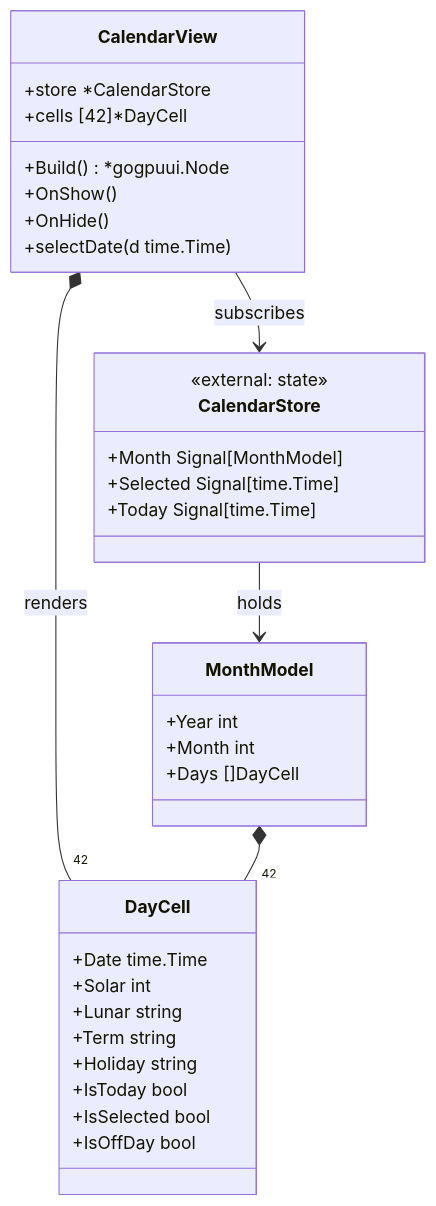
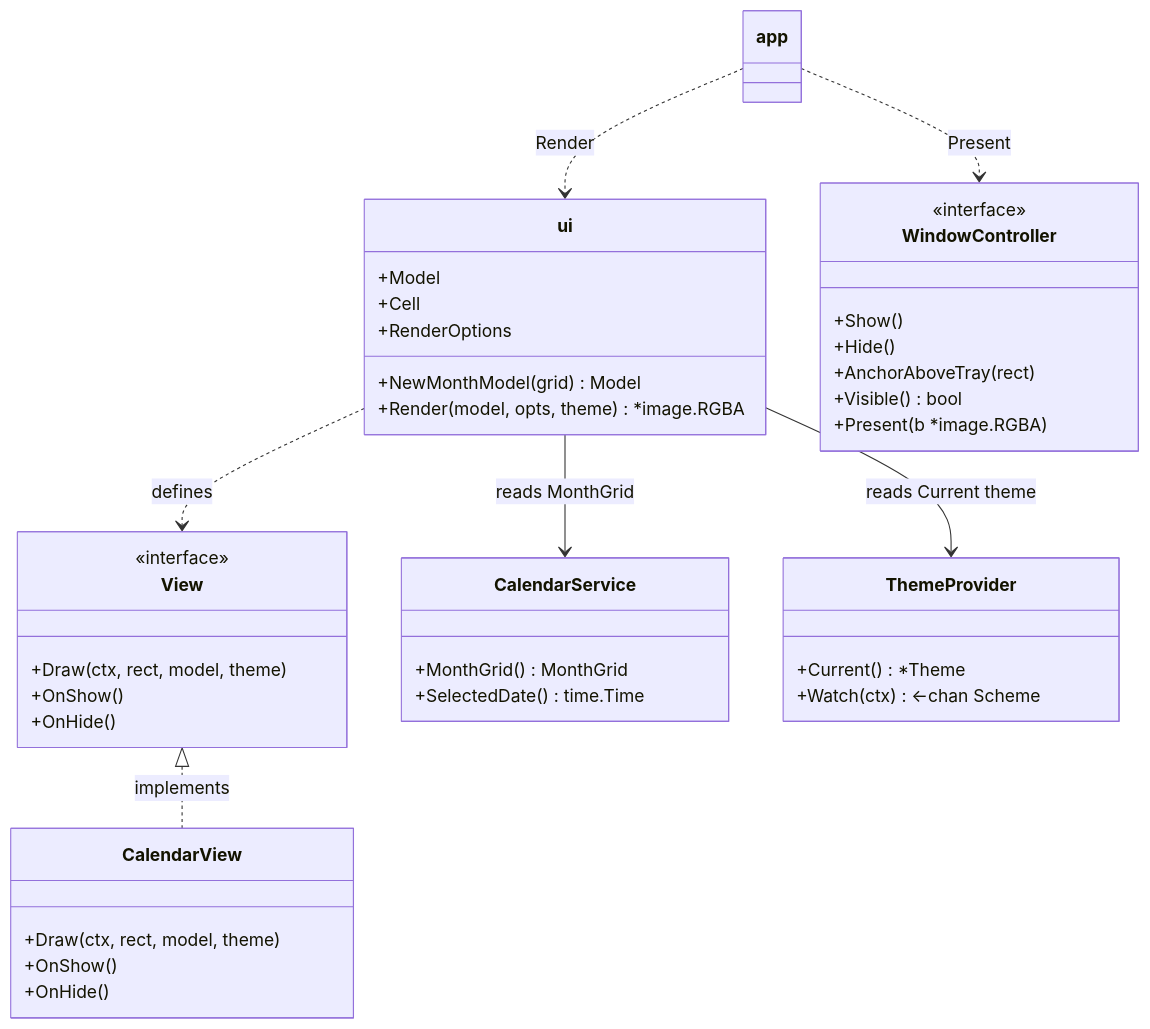
Before and after one commit to shaolei/DeskCalendar: the first of 4 diagrams in docs/90-UI/CalendarView.md, drawn with Mermaid. The commit also changed other lines of this file and 13 other files, not shown here.

First line of the commit message:
feat(ui): implement #90-UI render layer (gg -> *image.RGBA via WindowController.Present)

````diff
--- a/docs/90-UI/CalendarView.md
+++ b/docs/90-UI/CalendarView.md
@@ -22,36 +24,43 @@
 ```mermaid
 classDiagram
-    class CalendarView {
-        +store *CalendarStore
-        +cells [42]*DayCell
-        +Build() *gogpuui.Node
+    class ui {
+        +Model
+        +Cell
+        +RenderOptions
+        +NewMonthModel(grid) Model
+        +Render(model, opts, theme) *image.RGBA
+    }
+    class View {
+        <<interface>>
+        +Draw(ctx, rect, model, theme)
         +OnShow()
         +OnHide()
-        +selectDate(d time.Time)
     }
-    class DayCell {
-        +Date time.Time
-        +Solar int
-        +Lunar string
-        +Term string
-        +Holiday string
-        +IsToday bool
-        +IsSelected bool
-        +IsOffDay bool
+    class CalendarView {
+        +Draw(ctx, rect, model, theme)
+        +OnShow()
+        +OnHide()
     }
-    class CalendarStore {
-        <<external: state>>
-        +Month Signal[MonthModel]
-        +Selected Signal[time.Time]
-        +Today Signal[time.Time]
+    class CalendarService {
+        +MonthGrid() MonthGrid
+        +SelectedDate() time.Time
     }
-    class MonthModel {
-        +Year int
-        +Month int
-        +Days []DayCell
+    class ThemeProvider {
+        +Current() *Theme
+        +Watch(ctx) <-chan Scheme
     }
-    CalendarView --> CalendarStore : subscribes
-    CalendarView *-- "42" DayCell : renders
-    CalendarStore --> MonthModel : holds
-    MonthModel *-- "42" DayCell
+    class WindowController {
+        <<interface>>
+        +Show()
+        +Hide()
+        +AnchorAboveTray(rect)
+        +Visible() bool
+        +Present(b *image.RGBA)
+    }
+    ui --> CalendarService : reads MonthGrid
+    ui --> ThemeProvider : reads Current theme
+    ui ..> View : defines
+    View <|.. CalendarView : implements
+    app ..> ui : Render
+    app ..> WindowController : Present
 ```
````
